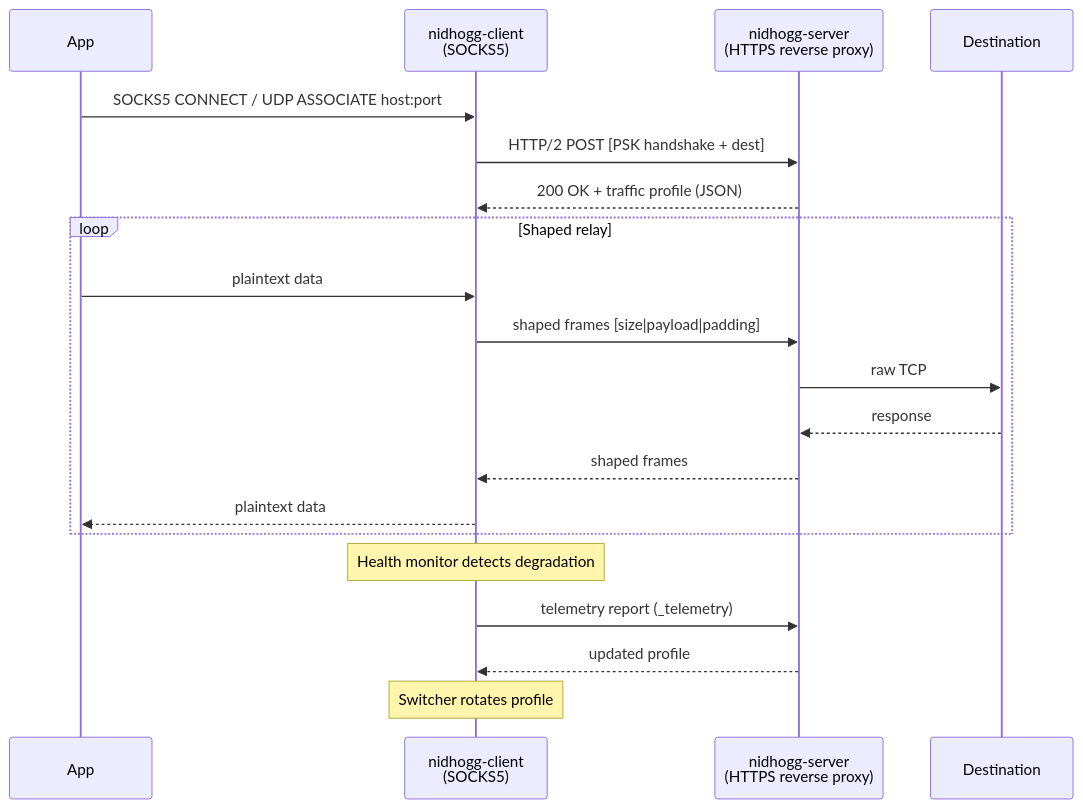
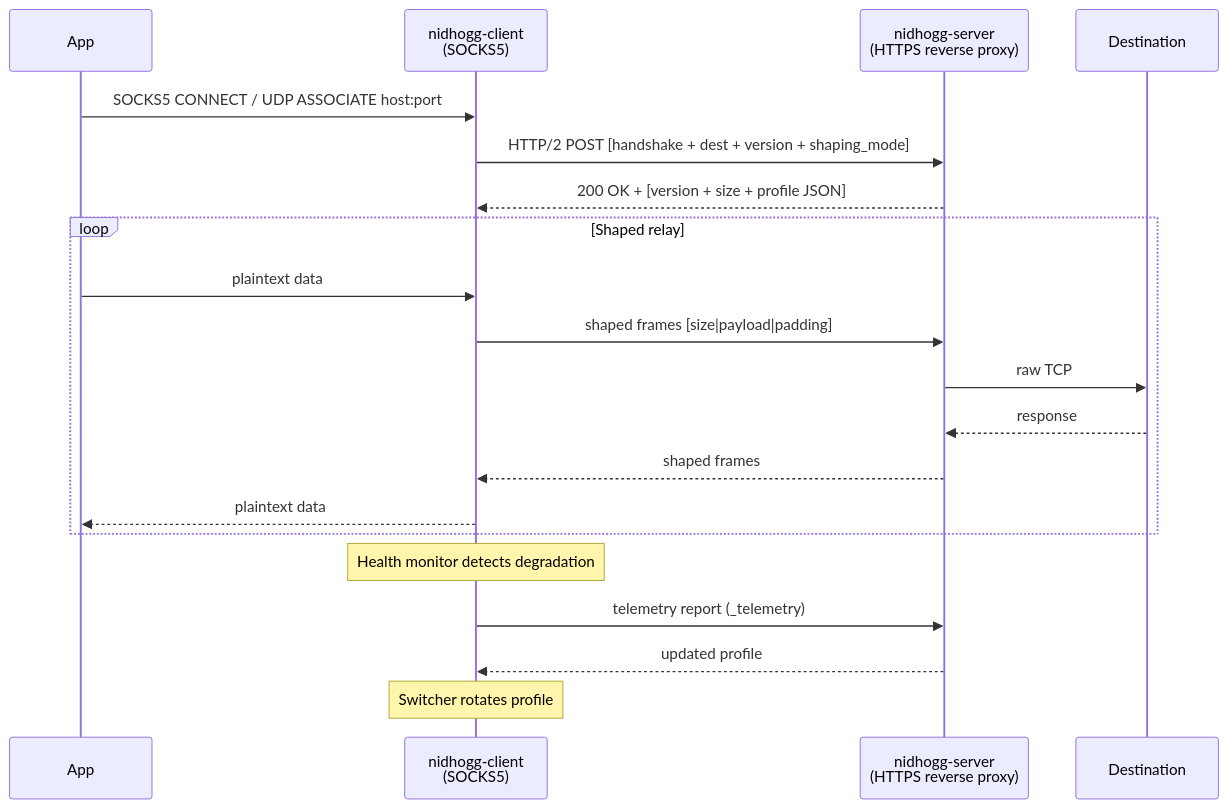
One commit to Aesleif/Nidhogg changed the diagram in README.md. Above: the diagram before and after it, drawn with Mermaid. The commit also changed other lines of this file and 4 other files, not shown here.

First line of the commit message:
refactor: update `SECURITY.md`, `CONTRIBUTING.md`, and `docs` with improved threat model, limitations, and roadmap

````diff
--- a/README.md
+++ b/README.md
@@ -26,25 +27,25 @@
 ```mermaid
 sequenceDiagram
     participant App
     participant Client as nidhogg-client<br/>(SOCKS5)
     participant Server as nidhogg-server<br/>(HTTPS reverse proxy)
     participant Target as Destination
 
     App->>Client: SOCKS5 CONNECT / UDP ASSOCIATE host:port
-    Client->>Server: HTTP/2 POST [PSK handshake + dest]
-    Server-->>Client: 200 OK + traffic profile (JSON)
+    Client->>Server: HTTP/2 POST [handshake + dest + version + shaping_mode]
+    Server-->>Client: 200 OK + [version + size + profile JSON]
 
     loop Shaped relay
         App->>Client: plaintext data
         Client->>Server: shaped frames [size|payload|padding]
         Server->>Target: raw TCP
         Target-->>Server: response
         Server-->>Client: shaped frames
         Client-->>App: plaintext data
     end
 
     Note over Client: Health monitor detects degradation
     Client->>Server: telemetry report (_telemetry)
     Server-->>Client: updated profile
     Note over Client: Switcher rotates profile
 ```
````
